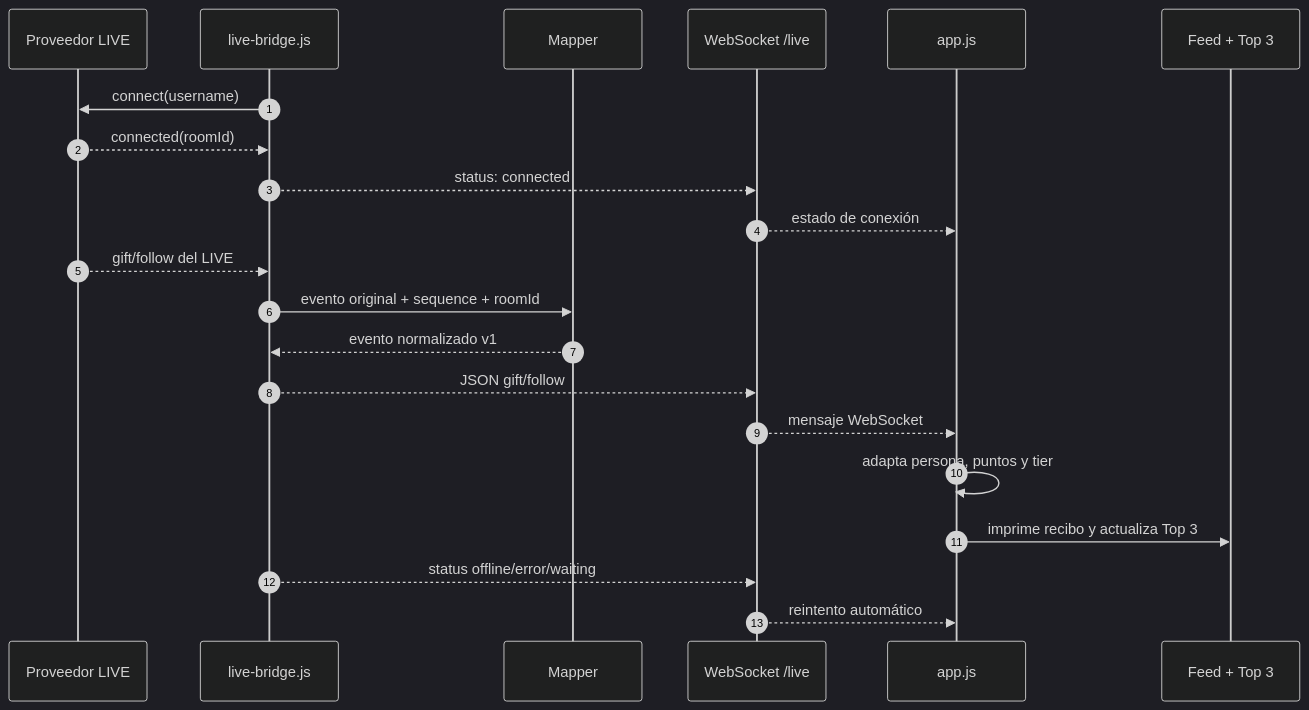
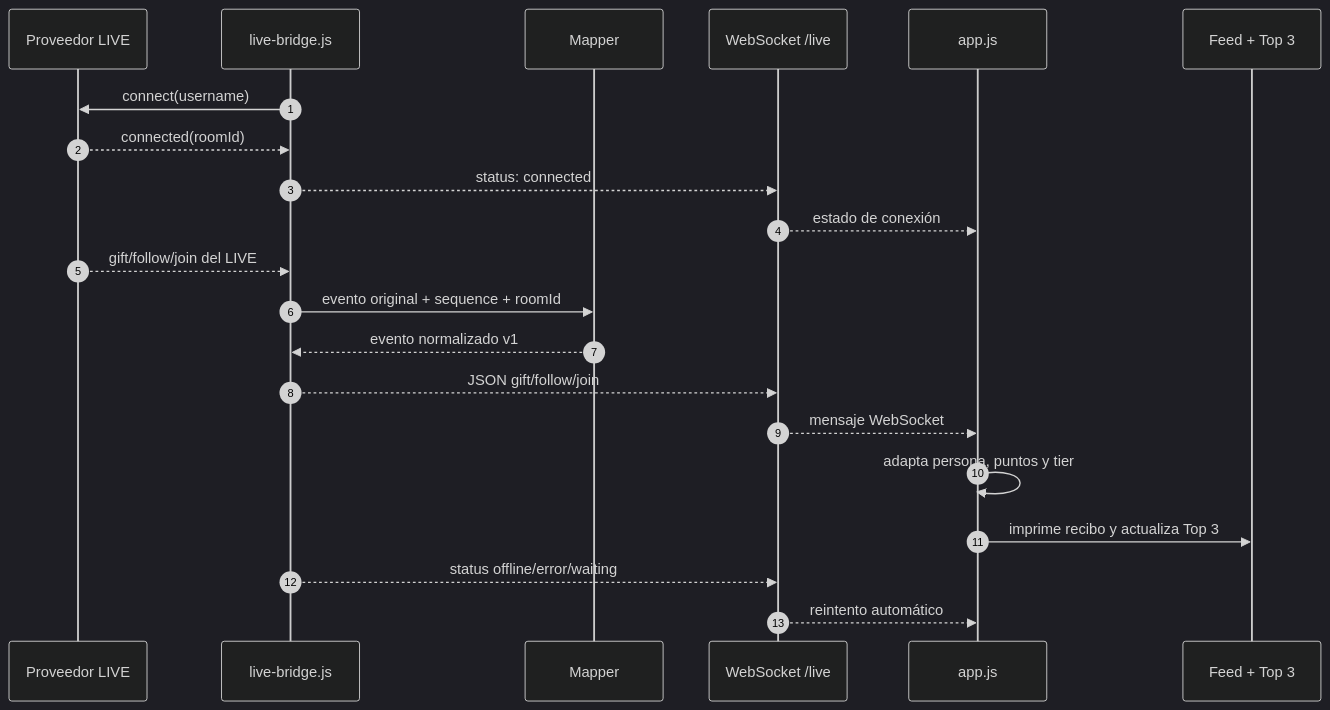
The first of 2 diagrams in README.md (22jair/GiftWallLive), drawn with Mermaid (dark theme) before and after one commit. The commit also changed other lines of this file and 10 other files, not shown here.

Commit message:
Add live join welcome events

````diff
--- a/README.md
+++ b/README.md
@@ -141,24 +141,24 @@
 ```mermaid
 sequenceDiagram
     autonumber
     participant P as Proveedor LIVE
     participant S as live-bridge.js
     participant M as Mapper
     participant W as WebSocket /live
     participant A as app.js
     participant F as Feed + Top 3
 
     S->>P: connect(username)
     P-->>S: connected(roomId)
     S-->>W: status: connected
     W-->>A: estado de conexión
-    P-->>S: gift/follow del LIVE
+    P-->>S: gift/follow/join del LIVE
     S->>M: evento original + sequence + roomId
     M-->>S: evento normalizado v1
-    S-->>W: JSON gift/follow
+    S-->>W: JSON gift/follow/join
     W-->>A: mensaje WebSocket
     A->>A: adapta persona, puntos y tier
     A->>F: imprime recibo y actualiza Top 3
     S-->>W: status offline/error/waiting
     W-->>A: reintento automático
 ```
````
